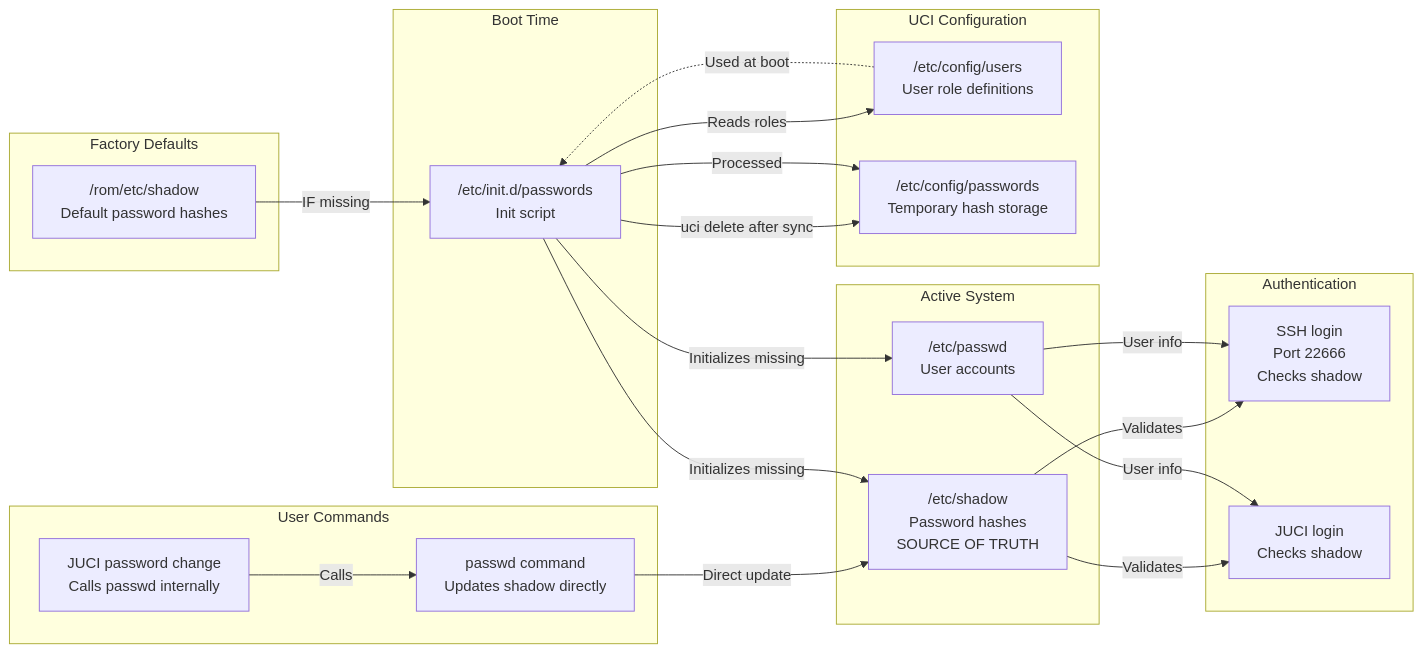
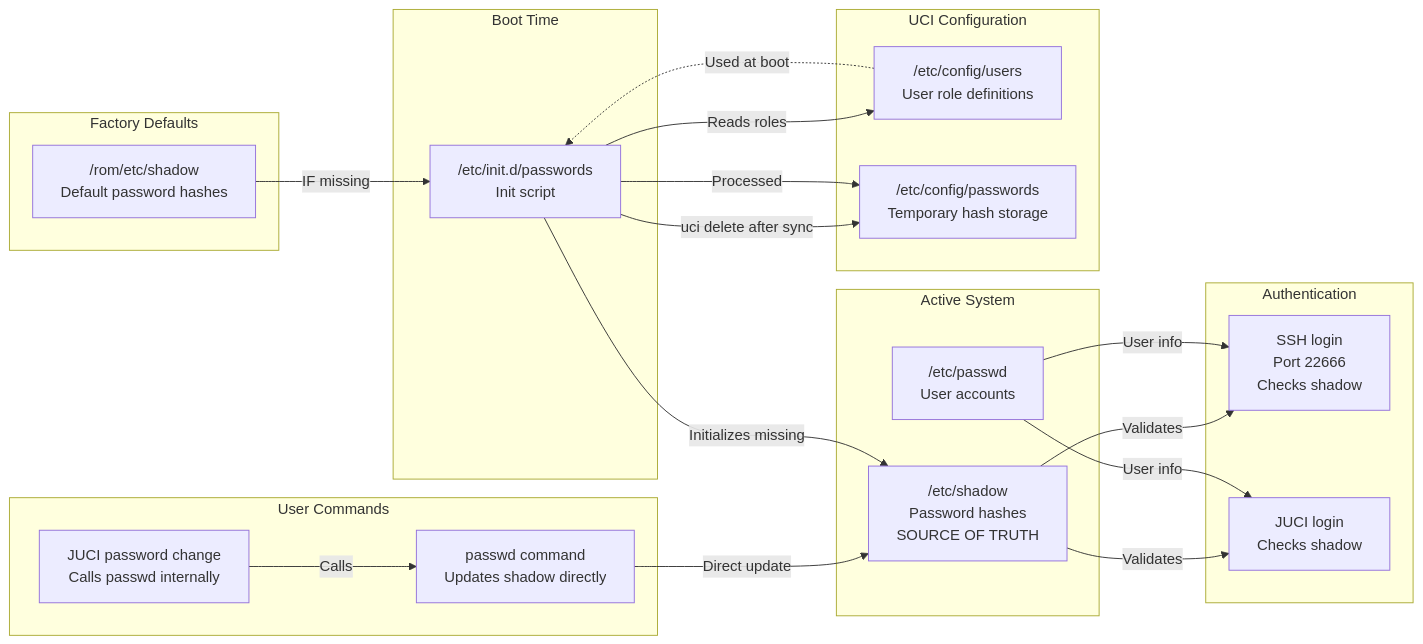
The third of 3 diagrams in extended.md (biielfont/Genexis-Pure-ED500), drawn with Mermaid before and after one commit.

````diff
--- a/extended.md
+++ b/extended.md
@@ -238,56 +238,35 @@
 ```mermaid
 flowchart LR
-    %% Subgraph: User Commands
-    subgraph UC["User Commands"]
+ subgraph UC["User Commands"]
         A1["JUCI password change<br>Calls passwd internally"]
         A2["passwd command<br>Updates shadow directly"]
-        A1 -- Calls --> A2
-    end
-
-    %% Subgraph: Factory Defaults
-    subgraph FD["Factory Defaults"]
+  end
+ subgraph FD["Factory Defaults"]
         D1["/rom/etc/shadow<br>Default password hashes"]
-    end
-
-    %% Subgraph: Boot Time
-    subgraph BT["Boot Time"]
+  end
+ subgraph BT["Boot Time"]
         B1["/etc/init.d/passwords<br>Init script"]
-    end
-
-    %% Subgraph: Active System
-    subgraph AS["Active System"]
+  end
+ subgraph AS["Active System"]
         S1["/etc/shadow<br>Password hashes<br>SOURCE OF TRUTH"]
         S2["/etc/passwd<br>User accounts"]
-    end
-
-    %% Subgraph: UCI Configuration
-    subgraph UCI["UCI Configuration"]
+  end
+ subgraph UCI["UCI Configuration"]
         C1["/etc/config/users<br>User role definitions"]
         C2["/etc/config/passwords<br>Temporary hash storage"]
-    end
-
-    %% Subgraph: Authentication
-    subgraph AUTH["Authentication"]
+  end
+ subgraph AUTH["Authentication"]
         T1["SSH login<br>Port 22666<br>Checks shadow"]
         T2["JUCI login<br>Checks shadow"]
-    end
-
-    %% Edges between subgraphs, with labels
-    A2 -- "Direct update" --> S1
-    D1 -- "IF missing" --> B1
-    B1 -- "Initializes missing" --> S1
-    B1 -- "Reads roles" --> C1
-    B1 -- "uci delete after sync" --> C2
-    B1 -- "Processed" --> C2
-
-    S1 -- "Validates" --> T1
-    S1 -- "Validates" --> T2
-    S2 -- "User info" --> T2
-    S2 -- "User info" --> T1
-
-    %% UCI Configuration feeds to boot script
-    C1 -. "Used at boot" .-> B1
-
-    %% Active system: shadow and passwd kept in sync at boot
-    B1 -- "Initializes missing" --> S2
+  end
+    A1 -- Calls --> A2
+    A2 -- Direct update --> S1
+    D1 -- IF missing --> B1
+    B1 -- Initializes missing --> S1
+    B1 -- Reads roles --> C1
+    B1 -- uci delete after sync --> C2
+    B1 -- Processed --> C2
+    S1 -- Validates --> T1 & T2
+    S2 -- User info --> T2 & T1
+    C1 -. Used at boot .-> B1
 ```
````
